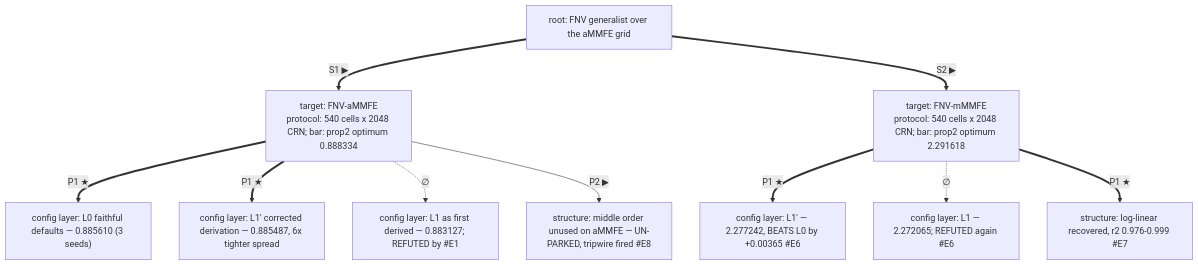
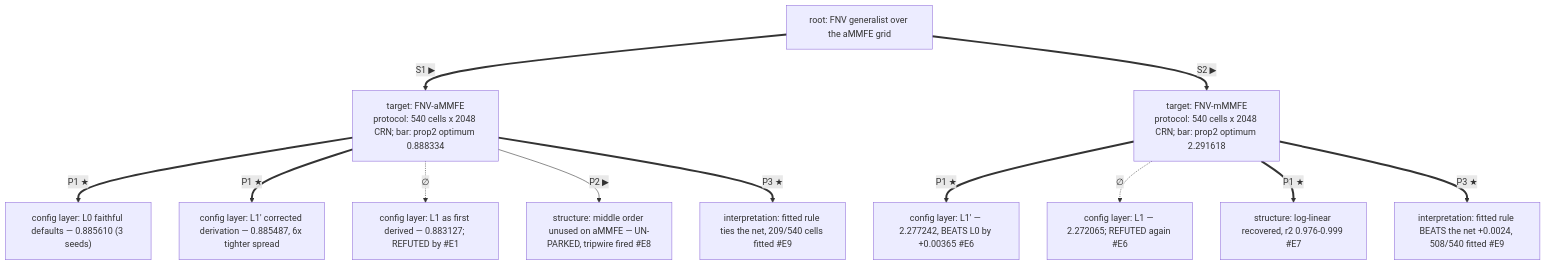
One commit to tong-wang/auto-mdp-solver changed the diagram in cases/fnv/ESCALATION.md. Above: the diagram before and after it, drawn with Mermaid. The commit also changed other lines of this file and 10 other files, not shown here.

````diff
--- a/cases/fnv/ESCALATION.md
+++ b/cases/fnv/ESCALATION.md
@@ -12,13 +13,15 @@
 ```mermaid
 graph TD
     ROOT["root: FNV generalist over the aMMFE grid"]
     ROOT ==>|"S1 ▶"| T1["target: FNV-aMMFE<br/>protocol: 540 cells x 2048 CRN; bar: prop2 optimum 0.888334"]
     T1 ==>|"P1 ★"| C1["config layer: L0 faithful defaults — 0.885610 (3 seeds)"]
     T1 ==>|"P1 ★"| C3["config layer: L1' corrected derivation — 0.885487, 6x tighter spread"]
     T1 -.->|"∅"| C2["config layer: L1 as first derived — 0.883127; REFUTED by #E1"]
     T1 -->|"P2 ▶"| C4["structure: middle order unused on aMMFE — UN-PARKED, tripwire fired #E8"]
     ROOT ==>|"S2 ▶"| T2["target: FNV-mMMFE<br/>protocol: 540 cells x 2048 CRN; bar: prop2 optimum 2.291618"]
     T2 ==>|"P1 ★"| M1["config layer: L1' — 2.277242, BEATS L0 by +0.00365 #E6"]
     T2 -.->|"∅"| M2["config layer: L1 — 2.272065; REFUTED again #E6"]
     T2 ==>|"P1 ★"| M3["structure: log-linear recovered, r2 0.976-0.999 #E7"]
+    T1 ==>|"P3 ★"| F1N["interpretation: fitted rule ties the net, 209/540 cells fitted #E9"]
+    T2 ==>|"P3 ★"| F2N["interpretation: fitted rule BEATS the net +0.0024, 508/540 fitted #E9"]
 ```
````
